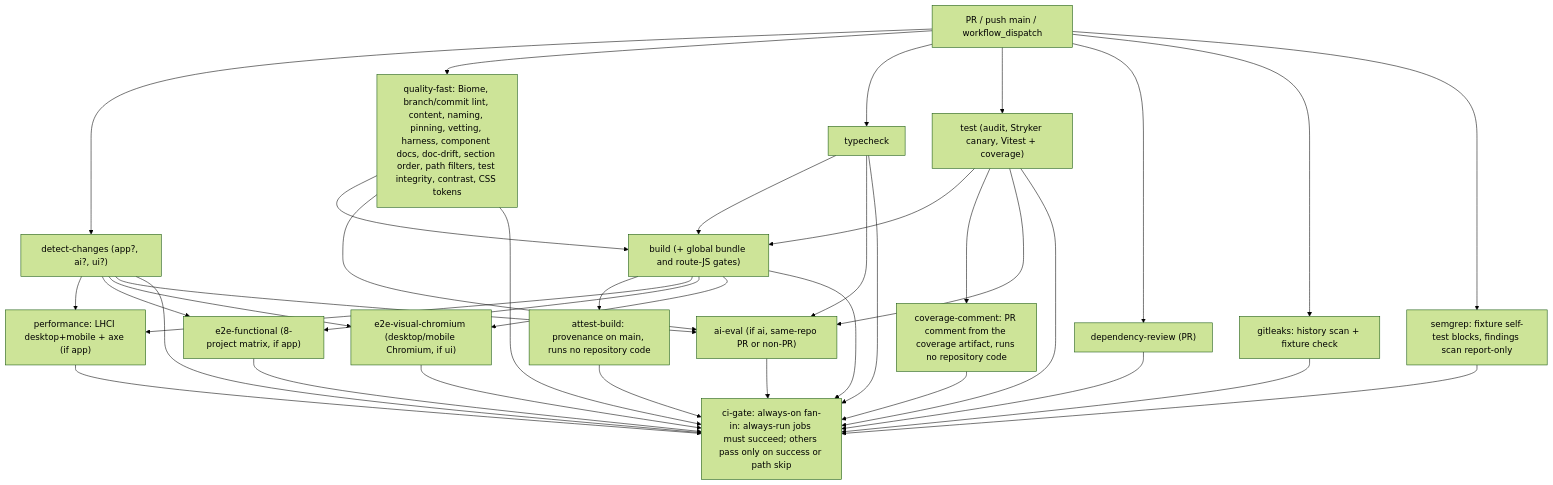
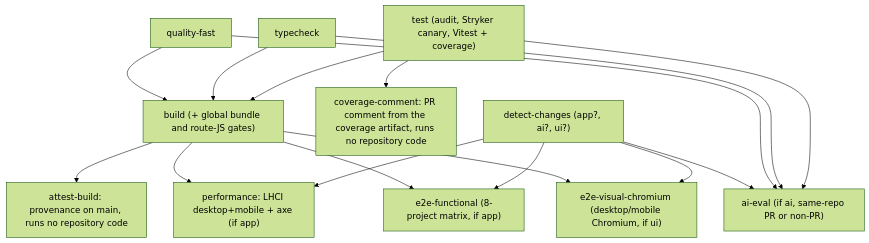
The fifth of 8 diagrams in docs/07-workflows.md (erikunha/portfolio), drawn with Mermaid (forest theme) before and after one commit. The commit also changed other lines of this file and 75 other files, not shown here.

````diff
--- a/docs/07-workflows.md
+++ b/docs/07-workflows.md
@@ -160,40 +183,18 @@
 ```mermaid
 flowchart TD
-    pr["PR / push main / workflow_dispatch"] --> dc["detect-changes (app?, ai?, ui?)"]
-    pr --> qf["quality-fast: Biome, branch/commit lint, content, naming, pinning, vetting, harness, component docs, doc-drift, section order, path filters, test integrity, contrast, CSS tokens"]
-    pr --> tc["typecheck"]
-    pr --> t["test (audit, Stryker canary, Vitest + coverage)"]
-    pr --> dr["dependency-review (PR)"]
-    qf --> b["build (+ global bundle and route-JS gates)"]
-    tc --> b
-    t --> b
+    qf["quality-fast"] --> b["build (+ global bundle and route-JS gates)"]
+    tc["typecheck"] --> b
+    t["test (audit, Stryker canary, Vitest + coverage)"] --> b
     b --> at["attest-build: provenance on main, runs no repository code"]
     t --> cc["coverage-comment: PR comment from the coverage artifact, runs no repository code"]
     b --> perf["performance: LHCI desktop+mobile + axe (if app)"]
     b --> e2e["e2e-functional (8-project matrix, if app)"]
     b --> vis["e2e-visual-chromium (desktop/mobile Chromium, if ui)"]
-    dc --> perf
+    dc["detect-changes (app?, ai?, ui?)"] --> perf
     dc --> e2e
     dc --> vis
     dc --> ev["ai-eval (if ai, same-repo PR or non-PR)"]
     qf --> ev
     tc --> ev
     t --> ev
-    pr --> secrets["gitleaks: history scan + fixture check"]
-    secrets --> gate
-    pr --> semgrep["semgrep: fixture self-test blocks, findings scan report-only"]
-    semgrep --> gate
-    dc --> gate
-    qf --> gate
-    tc --> gate
-    t --> gate
-    dr --> gate
-    b --> gate
-    at --> gate
-    cc --> gate
-    perf --> gate
-    e2e --> gate
-    vis --> gate
-    ev --> gate
-    gate["ci-gate: always-on fan-in: always-run jobs must succeed; others pass only on success or path skip"]
 ```
````
